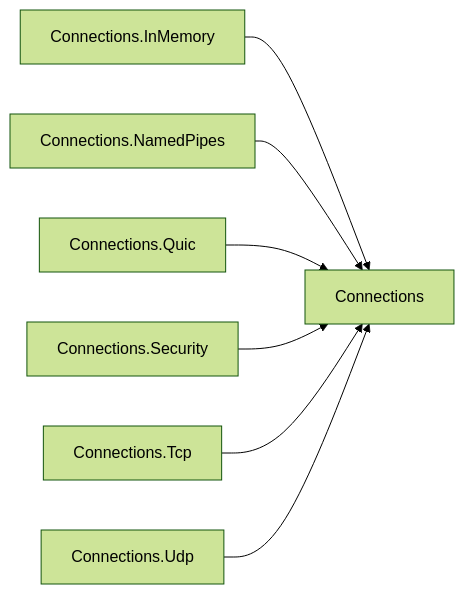
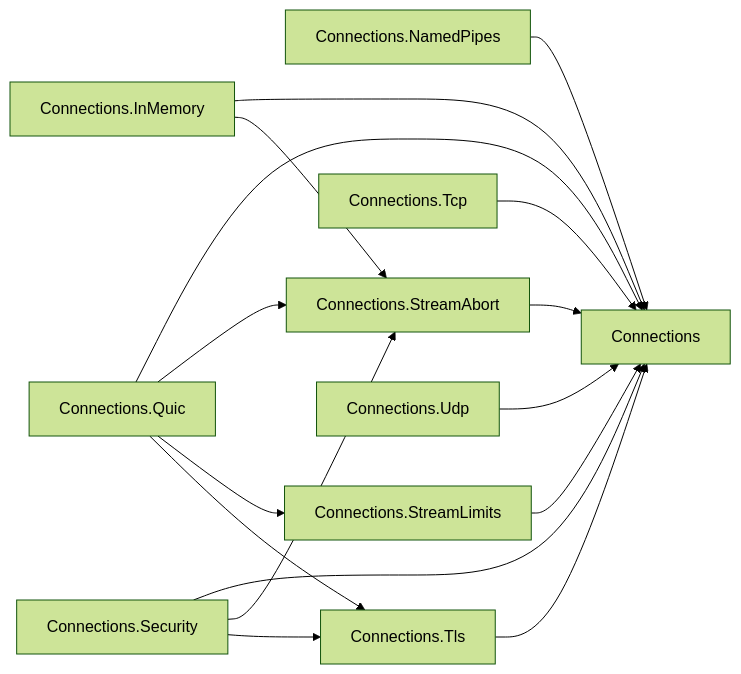
Before and after one commit to assimalign/cohesion: the fifth of 29 diagrams in docs/DEPENDENCIES.md, drawn with Mermaid (forest theme). The commit also changed other lines of this file and 2416 other files, not shown here.

````diff
--- a/docs/DEPENDENCIES.md
+++ b/docs/DEPENDENCIES.md
@@ -245,16 +245,28 @@
 ```mermaid
 flowchart LR
     N0["Connections"]
     N1["Connections.InMemory"]
     N2["Connections.NamedPipes"]
     N3["Connections.Quic"]
     N4["Connections.Security"]
-    N5["Connections.Tcp"]
-    N6["Connections.Udp"]
+    N5["Connections.StreamAbort"]
+    N6["Connections.StreamLimits"]
+    N7["Connections.Tcp"]
+    N8["Connections.Tls"]
+    N9["Connections.Udp"]
     N1 --> N0
+    N1 --> N5
     N2 --> N0
     N3 --> N0
+    N3 --> N5
+    N3 --> N6
+    N3 --> N8
     N4 --> N0
+    N4 --> N5
+    N4 --> N8
     N5 --> N0
     N6 --> N0
+    N7 --> N0
+    N8 --> N0
+    N9 --> N0
 ```
````
